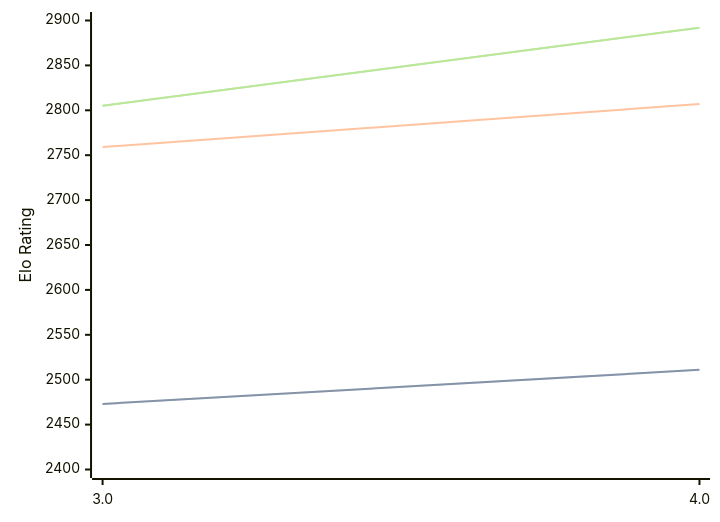
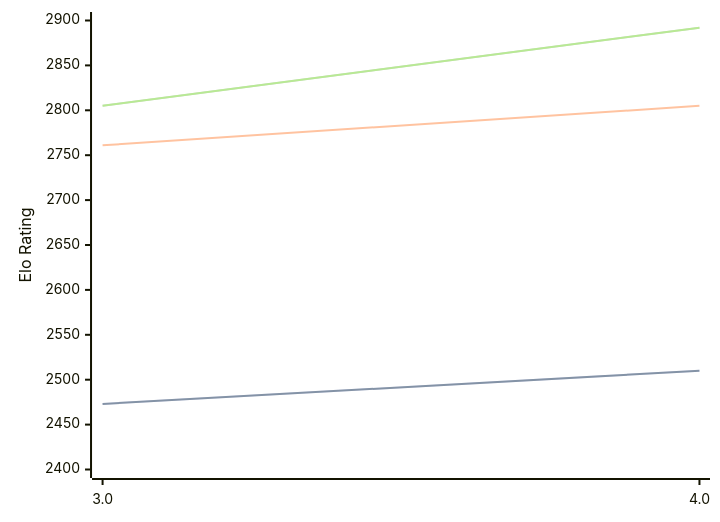
The diagram in engines/Chess3.md (computer-chess-index/cci), drawn with Mermaid before and after one commit. The commit also changed other lines of this file, not shown here.

````diff
--- a/engines/Chess3.md
+++ b/engines/Chess3.md
@@ -32,11 +32,11 @@
 ```mermaid
 %%{init: {"theme":"base","themeVariables":{"seriesColors:['#a3a3a3','#222221','#faa371']}}}%%
 xychart-beta
   x-axis ["3.0", "4.0"]
   y-axis "Elo Rating" 2400 --> 2900
-  line "" [2473, 2511]
-  line "STC (8.0+0.08s)" [2473, 2511]
-  line "LTC (60.0+0.60s)" [2759, 2807]
+  line "" [2473, 2510]
+  line "STC (8.0+0.08s)" [2473, 2510]
+  line "LTC (60.0+0.60s)" [2761, 2805]
   line "" [2805, 2892]
   line "VLTC (2m24s+1.12s)" [2805, 2892]
 ```
````
